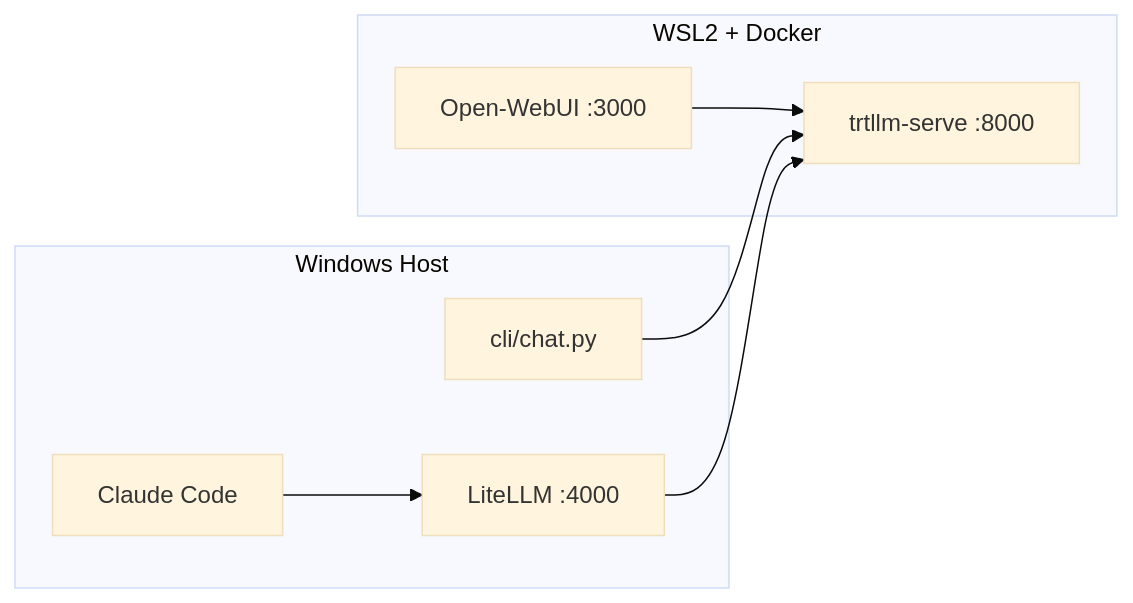
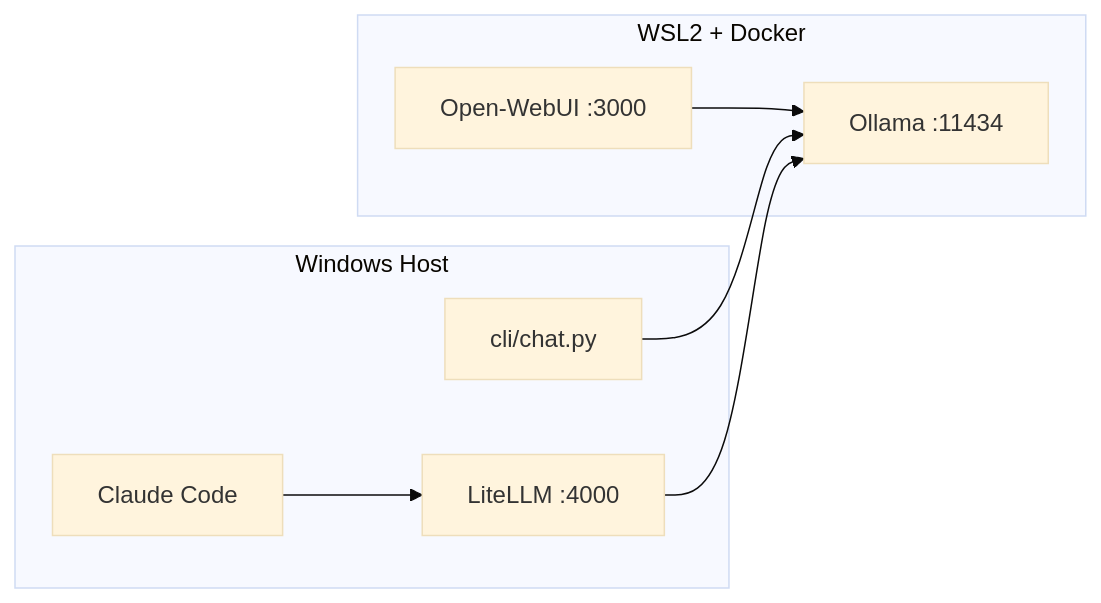
The diagram in README.md (asafb2k/gemma_4_local_setup), drawn with Mermaid (base theme) before and after one commit. The commit also changed other lines of this file and 12 other files, not shown here.

````diff
--- a/README.md
+++ b/README.md
@@ -15,16 +15,16 @@
 ```mermaid
 flowchart LR
     subgraph wsl2Docker [WSL2 + Docker]
-        TRTLLM["trtllm-serve :8000"]
+        OLLAMA["Ollama :11434"]
         WEBUI["Open-WebUI :3000"]
     end
     subgraph host [Windows Host]
         CLI["cli/chat.py"]
         LLM["LiteLLM :4000"]
         CC["Claude Code"]
     end
-    WEBUI --> TRTLLM
-    CLI --> TRTLLM
-    LLM --> TRTLLM
+    WEBUI --> OLLAMA
+    CLI --> OLLAMA
+    LLM --> OLLAMA
     CC --> LLM
 ```
````
